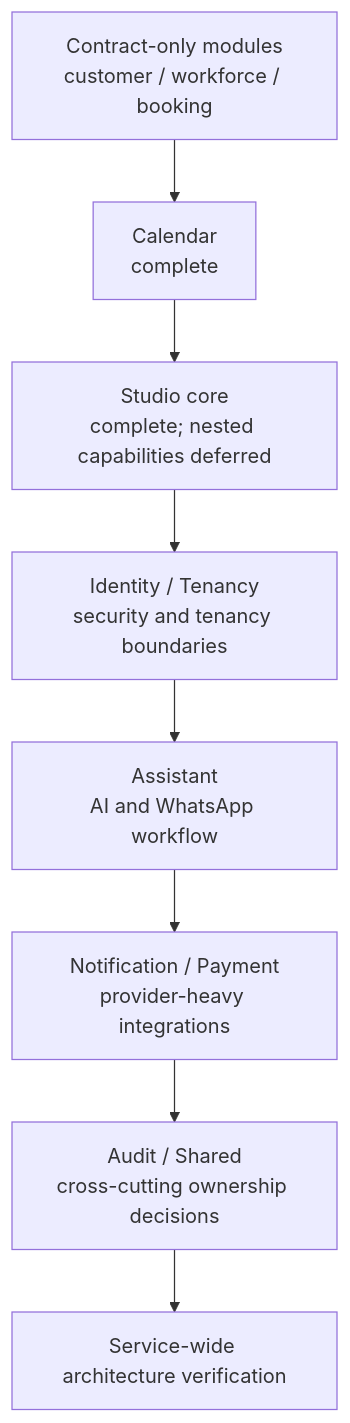
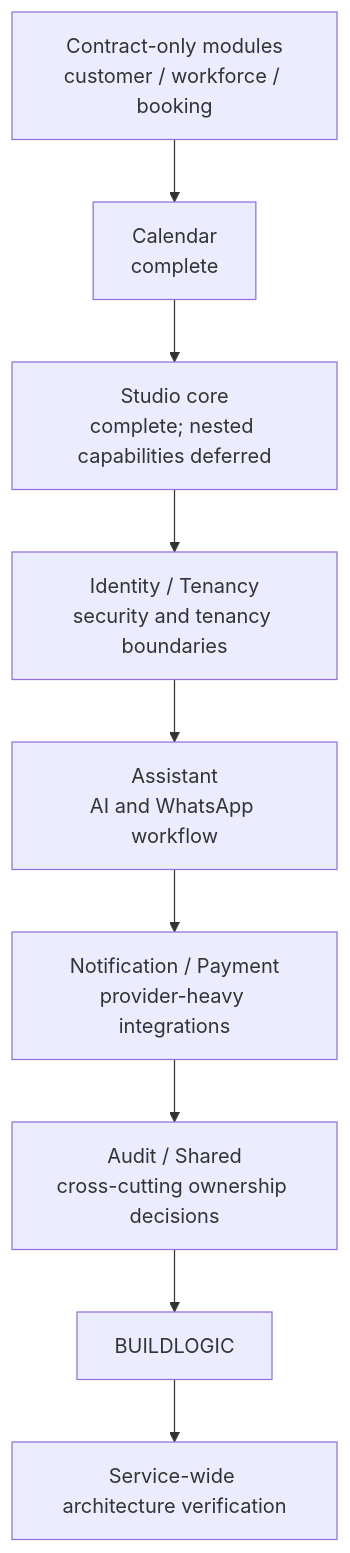
The diagram in docs/superpowers/plans/README.md (migangdelzar/emme-service), drawn with Mermaid before and after one commit. The commit also changed other lines of this file and 7 other files, not shown here.

````diff
--- a/docs/superpowers/plans/README.md
+++ b/docs/superpowers/plans/README.md
@@ -10,19 +10,20 @@
 ```mermaid
 flowchart TD
     CONTRACTS[Contract-only modules\ncustomer / workforce / booking]
     CALENDAR[Calendar\ncomplete]
     STUDIO[Studio core\ncomplete; nested capabilities deferred]
     IDENTITY[Identity / Tenancy\nsecurity and tenancy boundaries]
     ASSISTANT[Assistant\nAI and WhatsApp workflow]
     DELIVERY[Notification / Payment\nprovider-heavy integrations]
     CROSS[Audit / Shared\ncross-cutting ownership decisions]
     VERIFY[Service-wide architecture verification]
 
     CONTRACTS --> CALENDAR
     CALENDAR --> STUDIO
     STUDIO --> IDENTITY
     IDENTITY --> ASSISTANT
     ASSISTANT --> DELIVERY
     DELIVERY --> CROSS
-    CROSS --> VERIFY
+    CROSS --> BUILDLOGIC
+    BUILDLOGIC --> VERIFY
 ```
````
